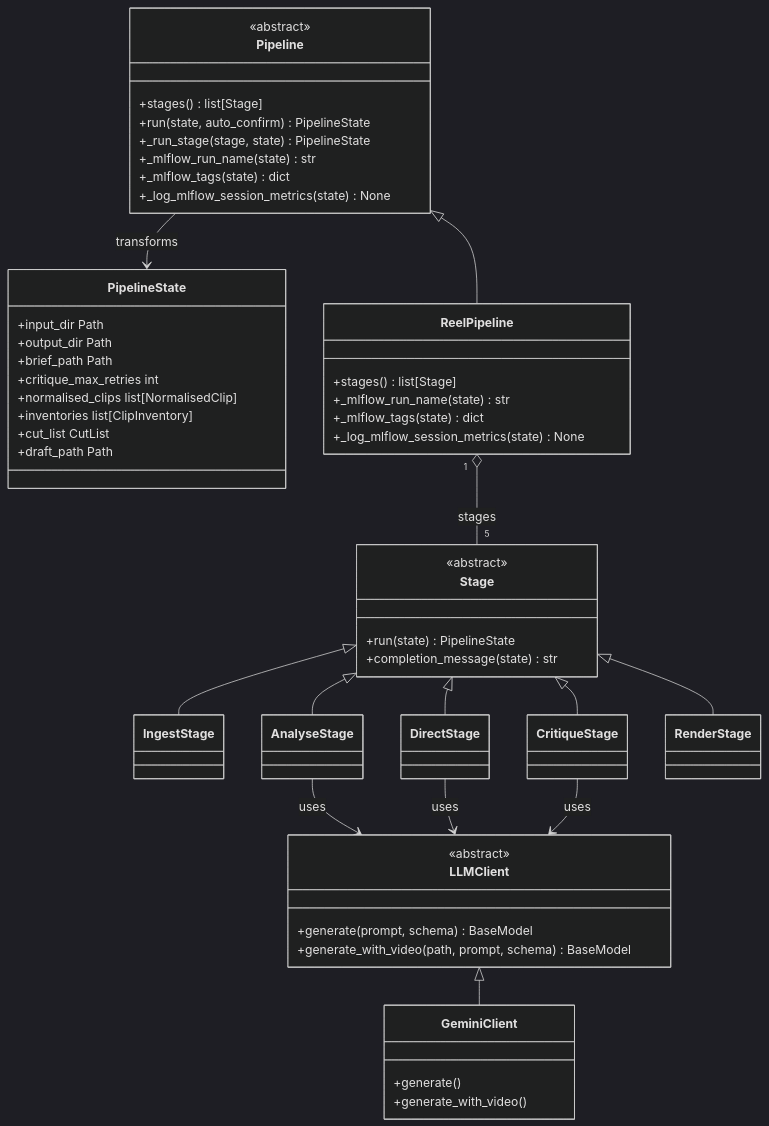
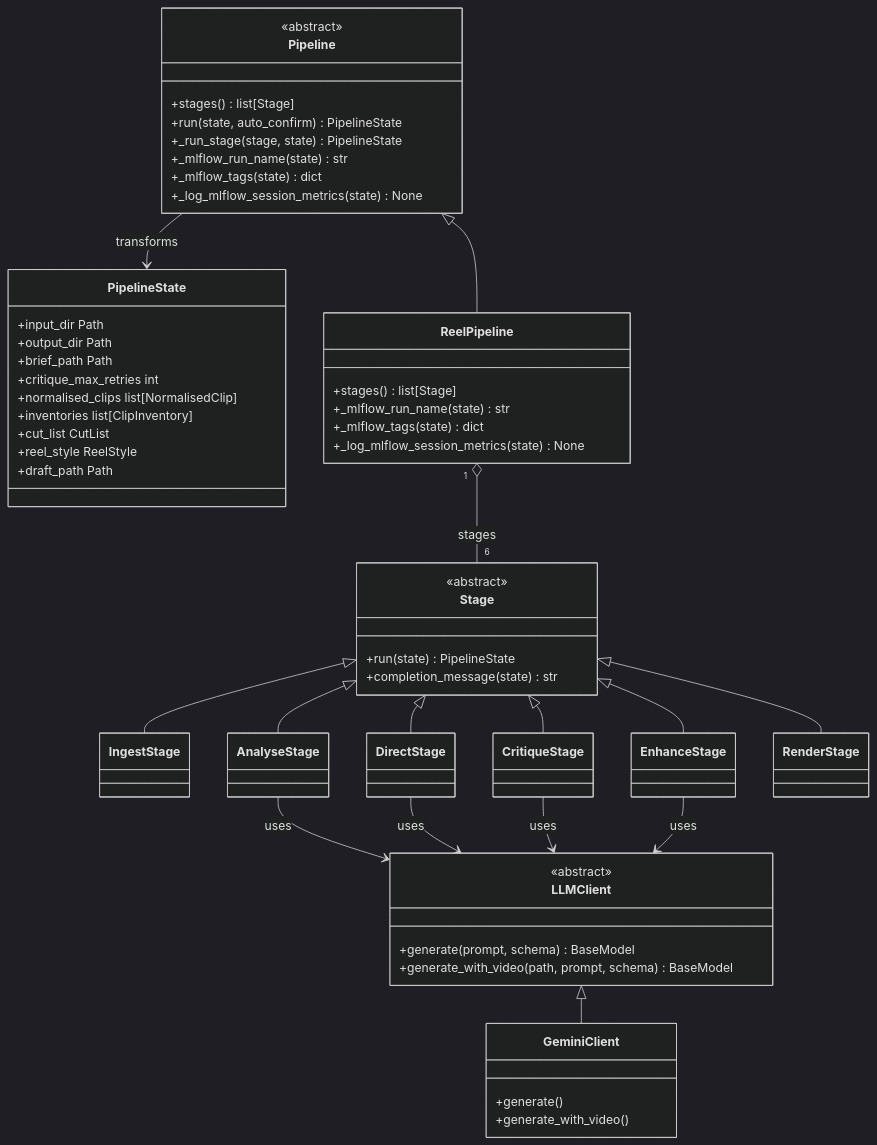
One commit to jyjulianwong/LasagnaStack changed the fifth of 5 diagrams in ARCHITECTURE.md. Above: the diagram before and after it, drawn with Mermaid (dark theme). The commit also changed other lines of this file and 35 other files, not shown here.

````diff
--- a/ARCHITECTURE.md
+++ b/ARCHITECTURE.md
@@ -120,67 +156,71 @@
 ```mermaid
 classDiagram
     class Pipeline {
         <<abstract>>
         +stages() list[Stage]
         +run(state, auto_confirm) PipelineState
         +_run_stage(stage, state) PipelineState
         +_mlflow_run_name(state) str
         +_mlflow_tags(state) dict
         +_log_mlflow_session_metrics(state) None
     }
 
     class Stage {
         <<abstract>>
         +run(state) PipelineState
         +completion_message(state) str
     }
 
     class PipelineState {
         +input_dir Path
         +output_dir Path
         +brief_path Path
         +critique_max_retries int
         +normalised_clips list[NormalisedClip]
         +inventories list[ClipInventory]
         +cut_list CutList
+        +reel_style ReelStyle
         +draft_path Path
     }
 
     class LLMClient {
         <<abstract>>
         +generate(prompt, schema) BaseModel
         +generate_with_video(path, prompt, schema) BaseModel
     }
 
     class ReelPipeline {
         +stages() list[Stage]
         +_mlflow_run_name(state) str
         +_mlflow_tags(state) dict
         +_log_mlflow_session_metrics(state) None
     }
 
     class GeminiClient {
         +generate()
         +generate_with_video()
     }
 
     class IngestStage
     class AnalyseStage
     class DirectStage
     class CritiqueStage
+    class EnhanceStage
     class RenderStage
 
     Pipeline  <|-- ReelPipeline
     Stage     <|-- IngestStage
     Stage     <|-- AnalyseStage
     Stage     <|-- DirectStage
     Stage     <|-- CritiqueStage
+    Stage     <|-- EnhanceStage
     Stage     <|-- RenderStage
     LLMClient <|-- GeminiClient
 
-    ReelPipeline  "1" o-- "5" Stage       : stages
+    ReelPipeline  "1" o-- "6" Stage       : stages
     Pipeline           --> PipelineState  : transforms
     AnalyseStage       --> LLMClient      : uses
     DirectStage        --> LLMClient      : uses
     CritiqueStage      --> LLMClient      : uses
+    EnhanceStage       --> LLMClient      : uses
 ```
````
